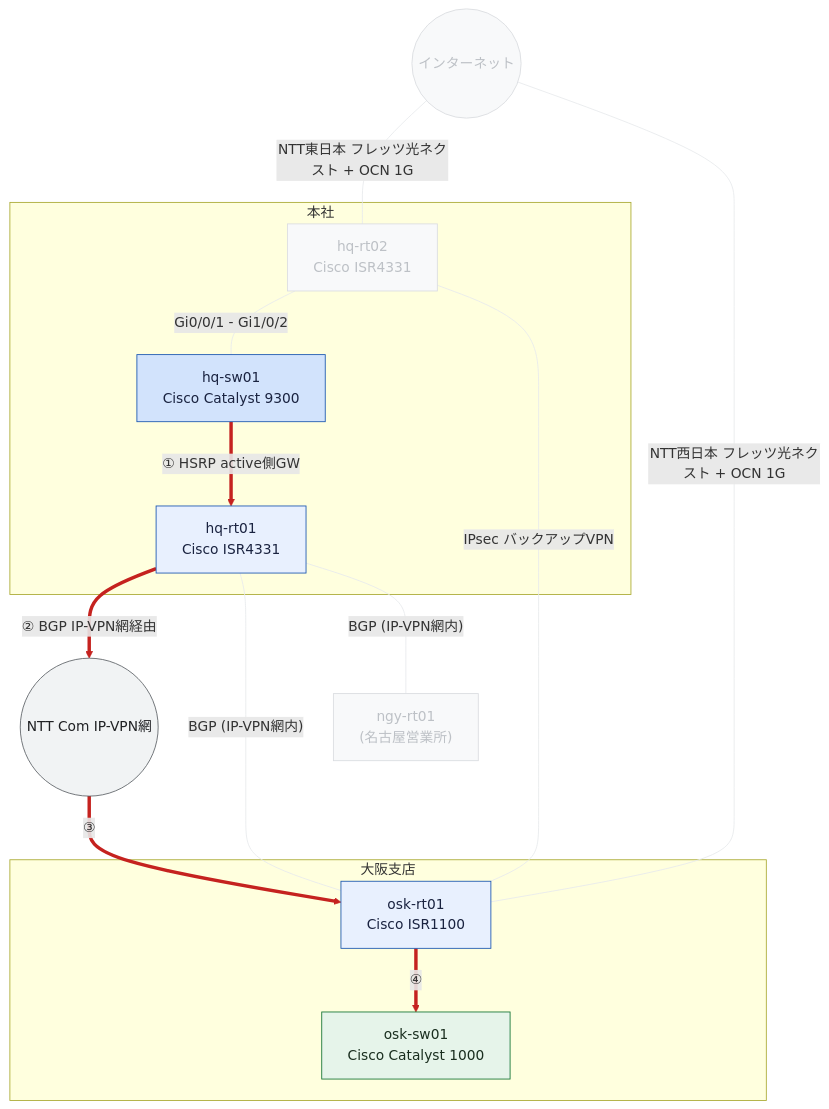
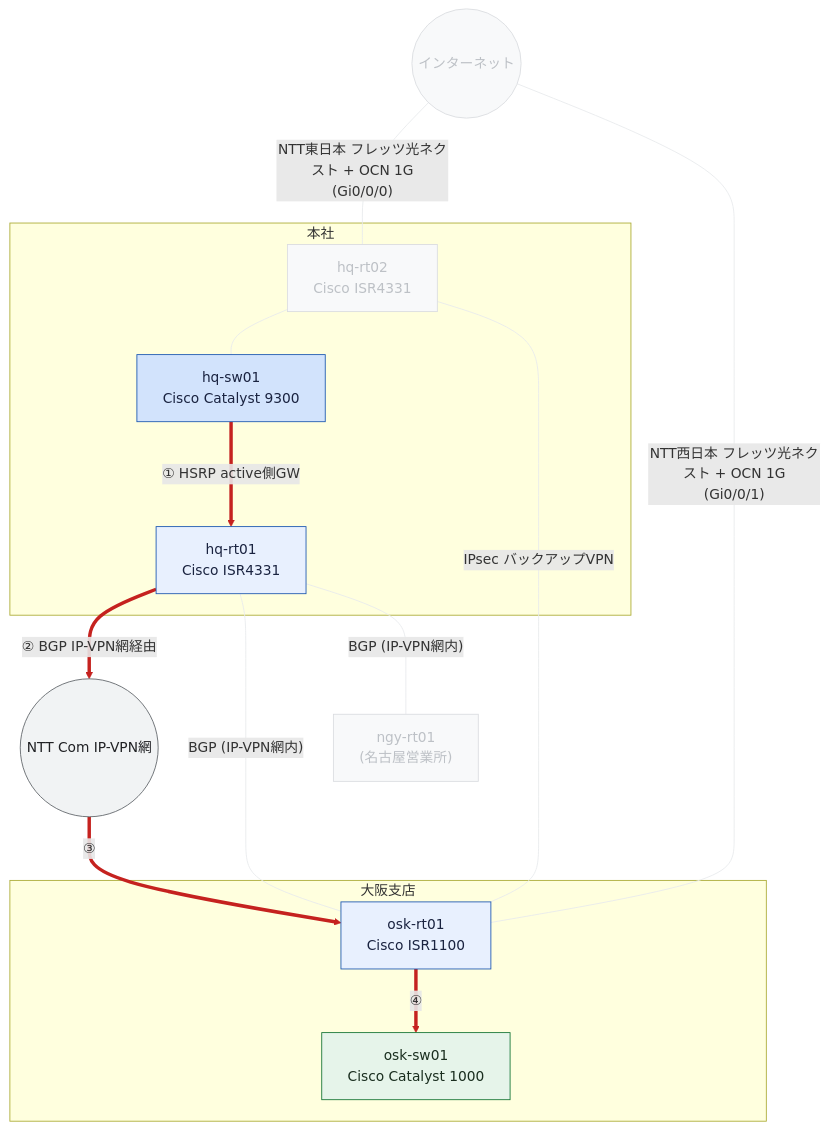
Before and after one commit to thinas1115/nwdsl: the diagram in examples/sample-corp/generated/path-normal.mmd, drawn with Mermaid. The commit also changed 27 other files, not shown here.

First line of the commit message:
fix: 構成図のラベル衝突を根絶 (タイトル退避・IFラベル分散・ノード幅自動拡張)

```diff
--- a/examples/sample-corp/generated/path-normal.mmd
+++ b/examples/sample-corp/generated/path-normal.mmd
@@ -1,41 +1,41 @@
 flowchart TB
   subgraph sg_hq["本社"]
     hq_rt01["hq-rt01<br>Cisco ISR4331"]
     hq_sw01["hq-sw01<br>Cisco Catalyst 9300"]
     hq_rt02["hq-rt02<br>Cisco ISR4331"]
   end
   subgraph sg_osk["大阪支店"]
     osk_rt01["osk-rt01<br>Cisco ISR1100"]
     osk_sw01["osk-sw01<br>Cisco Catalyst 1000"]
   end
   ipvpn(("NTT Com IP-VPN網"))
   internet(("インターネット"))
   ngy_rt01["ngy-rt01<br>(名古屋営業所)"]
   hq_sw01 -->|"① HSRP active側GW"| hq_rt01
-  hq_rt02 ---|"Gi0/0/1 - Gi1/0/2"| hq_sw01
+  hq_rt02 --- hq_sw01
   osk_rt01 -->|"④"| osk_sw01
   hq_rt01 -->|"② BGP IP-VPN網経由"| ipvpn
   ipvpn -->|"③"| osk_rt01
-  internet ---|"NTT東日本 フレッツ光ネクスト + OCN 1G"| hq_rt02
-  internet ---|"NTT西日本 フレッツ光ネクスト + OCN 1G"| osk_rt01
+  internet ---|"NTT東日本 フレッツ光ネクスト + OCN 1G<br>(Gi0/0/0)"| hq_rt02
+  internet ---|"NTT西日本 フレッツ光ネクスト + OCN 1G<br>(Gi0/0/1)"| osk_rt01
   hq_rt02 ---|"IPsec バックアップVPN"| osk_rt01
   hq_rt01 ---|"BGP (IP-VPN網内)"| osk_rt01
   hq_rt01 ---|"BGP (IP-VPN網内)"| ngy_rt01
 
   classDef node_dim fill:#f8f9fa,stroke:#dadce0,color:#bdc1c6
   classDef node_failed fill:#fce8e6,stroke:#c5221f,color:#3c1a19
   classDef role_router fill:#e8f0fe,stroke:#1a56b0,color:#1a2340
   classDef role_l3switch fill:#d2e3fc,stroke:#1a56b0,color:#1a2340
   classDef role_l2switch fill:#e6f4ea,stroke:#137333,color:#1a2e1f
   classDef role_firewall fill:#fce8e6,stroke:#c5221f,color:#3c1a19
   classDef role_other fill:#f1f3f4,stroke:#5f6368,color:#202124
   classDef node_cloud fill:#f1f3f4,stroke:#5f6368,color:#202124
   classDef node_site fill:#fff8e1,stroke:#b58105,color:#4a3a08
   classDef node_external fill:#ffffff,stroke:#9aa0a6,stroke-dasharray:3 3,color:#5f6368
   class hq_rt01,osk_rt01 role_router
   class hq_sw01 role_l3switch
   class hq_rt02,internet,ngy_rt01 node_dim
   class osk_sw01 role_l2switch
   class ipvpn node_cloud
   linkStyle 0,2,3,4 stroke:#c5221f,stroke-width:4px
   linkStyle 1,5,6,7,8,9 stroke:#e8eaed,stroke-width:1px
```
